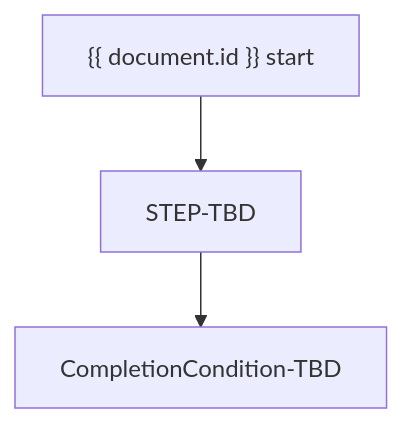
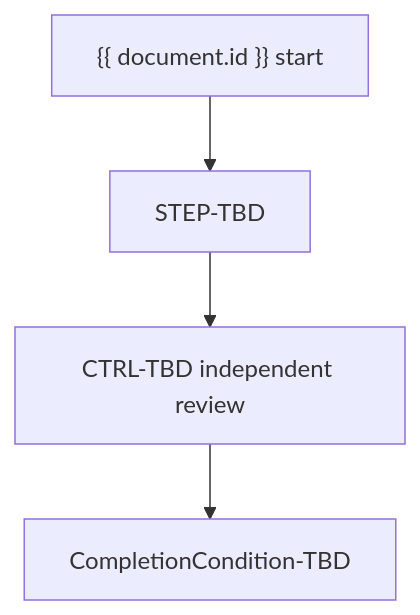
The diagram in reference_packs/enterprise_core/templates/process/template.md (gustavorubim/document-enhancer-pwt), drawn with Mermaid before and after one commit. The commit also changed other lines of this file and 31 other files, not shown here.

````diff
--- a/reference_packs/enterprise_core/templates/process/template.md
+++ b/reference_packs/enterprise_core/templates/process/template.md
@@ -63,5 +74,6 @@
 ```mermaid
 flowchart TD
     START["{{ document.id }} start"] --> STEP1["STEP-TBD"]
-    STEP1 --> END["CompletionCondition-TBD"]
+    STEP1 --> REVIEW["CTRL-TBD independent review"]
+    REVIEW --> END["CompletionCondition-TBD"]
 ```
````
